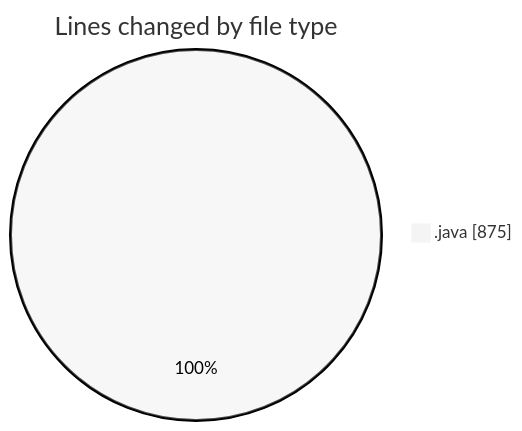
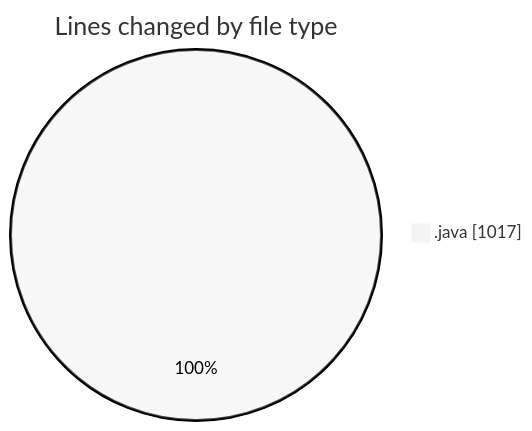
The first of 2 diagrams in 2025-02-20/gymmanager/README.md (Elitesun/code-tracking), drawn with Mermaid (neutral theme) before and after one commit. The commit also changed other lines of this file and 1 other file, not shown here.

````diff
--- a/2025-02-20/gymmanager/README.md
+++ b/2025-02-20/gymmanager/README.md
@@ -23,5 +27,5 @@
 ```mermaid
 pie showData
 title Lines changed by file type
-".java" : 875
+".java" : 1017
 ```
````
